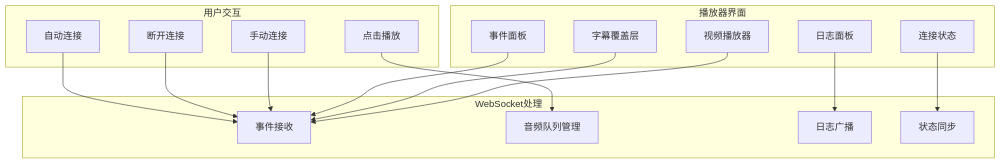
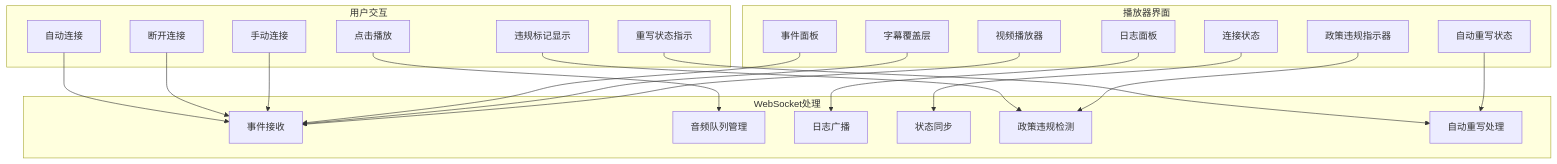
Before and after one commit to 1024dashen/Vue3Speech: diagram 25 of 28 in .qoder/repowiki/zh/content/语音合成服务/实时TTS合成.md, drawn with Mermaid. The commit also changed other lines of this file and 13 other files, not shown here.

````diff
--- a/.qoder/repowiki/zh/content/语音合成服务/实时TTS合成.md
+++ b/.qoder/repowiki/zh/content/语音合成服务/实时TTS合成.md
@@ -1120,31 +1211,41 @@
 ```mermaid
 flowchart TD
 subgraph "播放器界面"
 A[视频播放器]
 B[字幕覆盖层]
 C[日志面板]
 D[事件面板]
 E[连接状态]
+F[政策违规指示器]
+G[自动重写状态]
 end
 subgraph "WebSocket处理"
-F[事件接收]
-G[音频队列管理]
-H[日志广播]
-I[状态同步]
+H[事件接收]
+I[音频队列管理]
+J[日志广播]
+K[状态同步]
+L[政策违规检测]
+M[自动重写处理]
 end
 subgraph "用户交互"
-J[手动连接]
-K[断开连接]
-L[点击播放]
-M[自动连接]
+N[手动连接]
+O[断开连接]
+P[点击播放]
+Q[自动连接]
+R[违规标记显示]
+S[重写状态指示]
 end
-A --> F
-B --> F
-C --> H
-D --> F
-E --> I
-J --> F
-K --> F
-L --> G
-M --> F
+A --> H
+B --> H
+C --> J
+D --> H
+E --> K
+F --> L
+G --> M
+N --> H
+O --> H
+P --> I
+Q --> H
+R --> L
+S --> M
 ```
````
